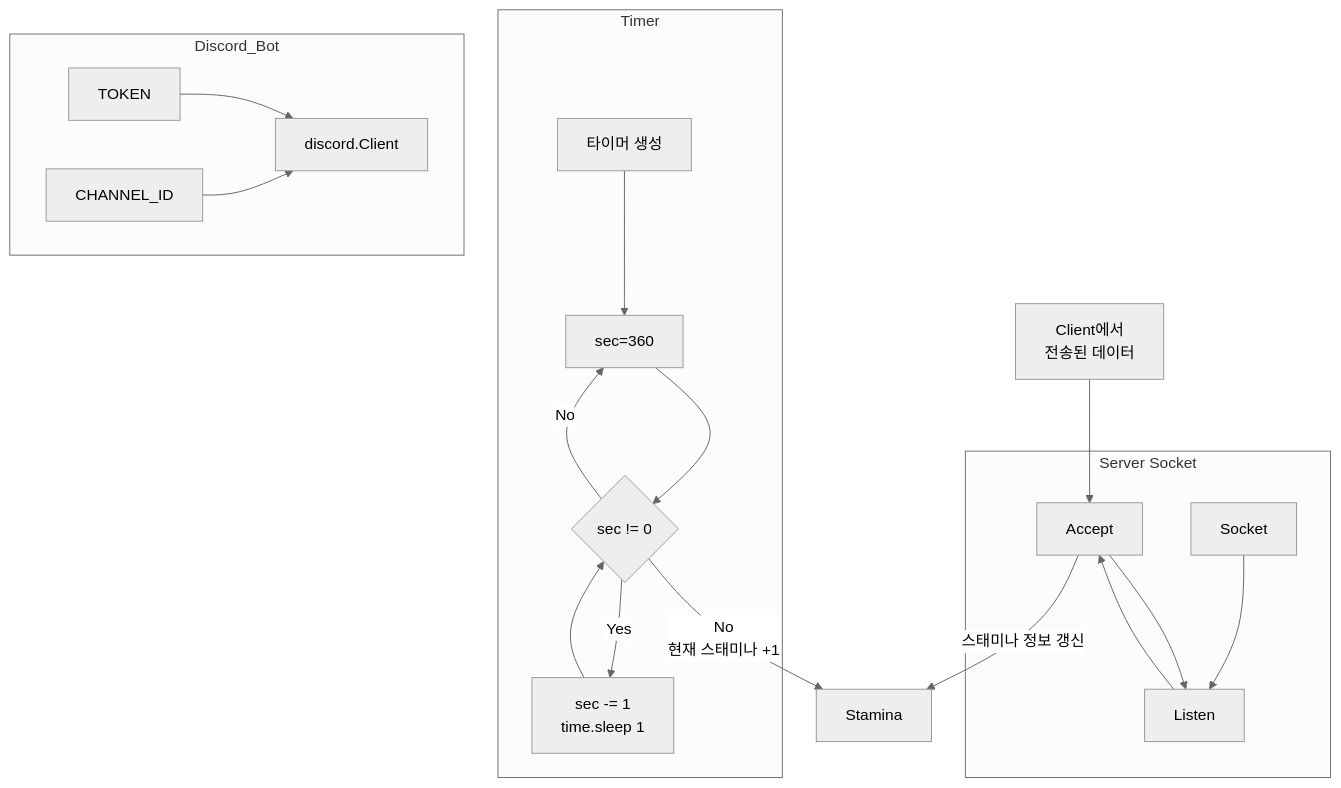
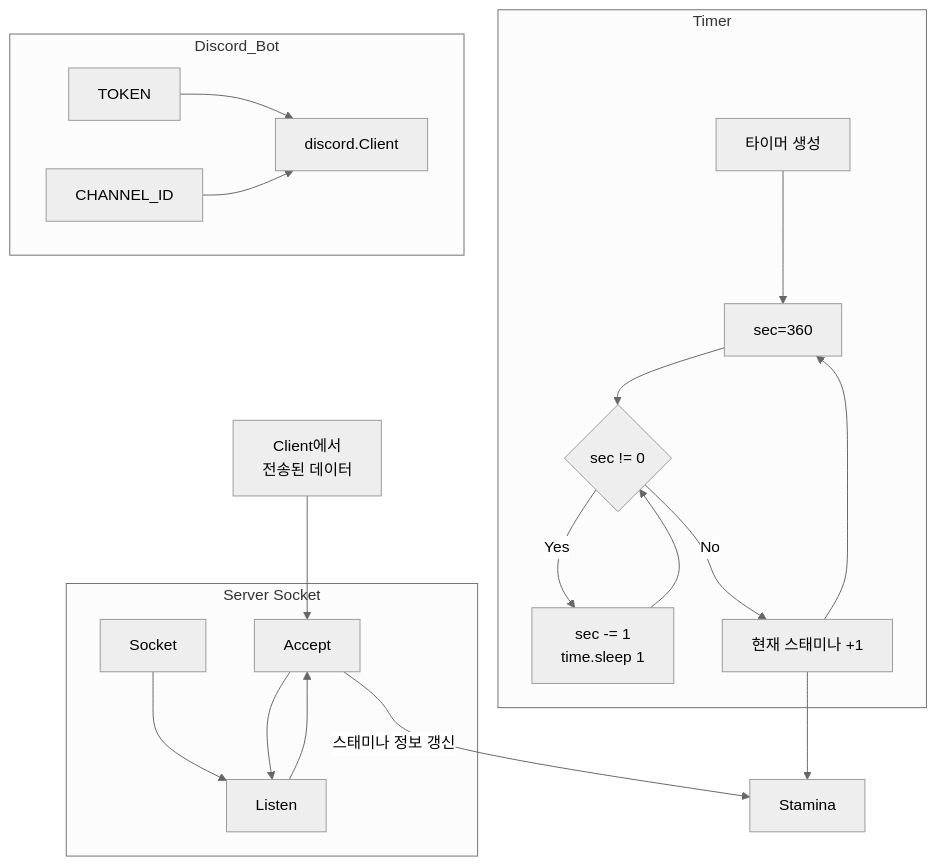
The third of 3 diagrams in README.md (201710808/Game-Stamina-Alarm), drawn with Mermaid (neutral theme) before and after one commit.

````diff
--- a/README.md
+++ b/README.md
@@ -55,25 +55,26 @@
 ```mermaid
 graph TB;
     data[Client에서\n전송된 데이터]-->Accept;
 
     subgraph Server Socket;
     Socket-->Listen;
     Listen-->Accept;
     end;
     Accept-->|스태미나 정보 갱신|Stamina;
     Accept-->Listen;
 
     subgraph Timer;
     timer_start[타이머 생성]-->sec;
     sec[sec=360]-->condition{sec != 0};
     condition-->|"Yes"|process_time[sec -= 1\ntime.sleep 1];
     process_time-->condition;
-    condition-->|"No"|sec;
+    condition-->|"No"|sync_stamina[현재 스태미나 +1];
+    sync_stamina-->sec;
     end;
-    condition-->|"No\n현재 스태미나 +1"|Stamina;
+    sync_stamina-->Stamina;
 
     subgraph Discord_Bot;
     TOKEN-->Client[discord.Client];
     CHANNEL_ID-->Client;
     end;
 ```
````
